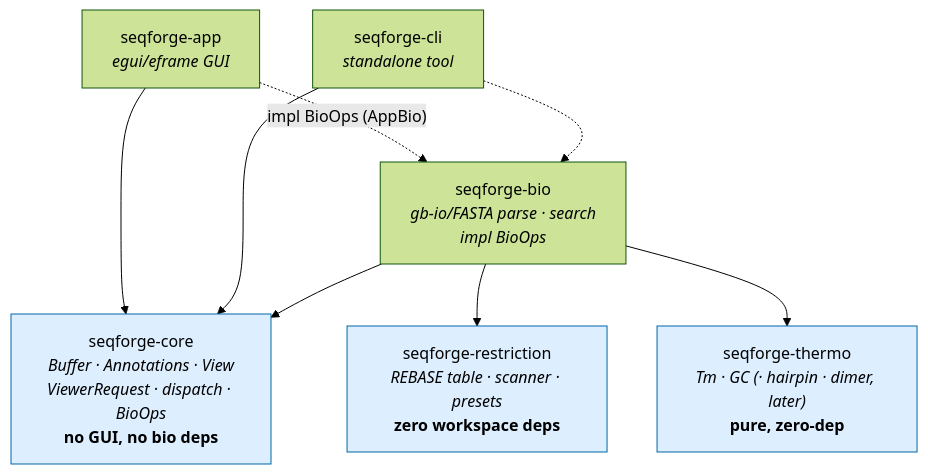
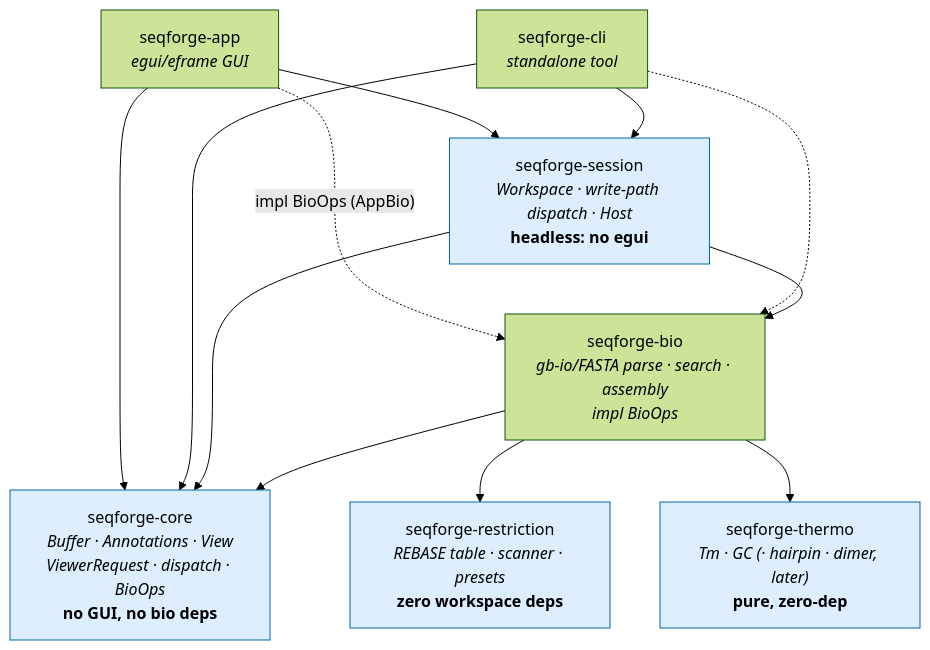
Before and after one commit to cmoscy/seqforge: the first of 2 diagrams in docs/architecture.md, drawn with Mermaid (forest theme). The commit also changed other lines of this file and 11 other files, not shown here.

````diff
--- a/docs/architecture.md
+++ b/docs/architecture.md
@@ -13,20 +13,25 @@
 ```mermaid
 flowchart TD
     app["seqforge-app<br/><i>egui/eframe GUI</i>"]
     cli["seqforge-cli<br/><i>standalone tool</i>"]
+    sess["seqforge-session<br/><i>Workspace · write-path dispatch · Host</i><br/><b>headless: no egui</b>"]
     core["seqforge-core<br/><i>Buffer · Annotations · View<br/>ViewerRequest · dispatch · BioOps</i><br/><b>no GUI, no bio deps</b>"]
-    bio["seqforge-bio<br/><i>gb-io/FASTA parse · search<br/>impl BioOps</i>"]
+    bio["seqforge-bio<br/><i>gb-io/FASTA parse · search · assembly<br/>impl BioOps</i>"]
     restr["seqforge-restriction<br/><i>REBASE table · scanner · presets</i><br/><b>zero workspace deps</b>"]
     thermo["seqforge-thermo<br/><i>Tm · GC (· hairpin · dimer, later)</i><br/><b>pure, zero-dep</b>"]
 
+    app --> sess
+    cli --> sess
     app --> core
     cli --> core
     app -.->|"impl BioOps (AppBio)"| bio
     cli -.-> bio
+    sess --> core
+    sess --> bio
     bio --> core
     bio --> restr
     bio --> thermo
 
     classDef pure fill:#def,stroke:#06a,color:#000;
-    class core,restr,thermo pure;
+    class core,restr,thermo,sess pure;
 ```
````
